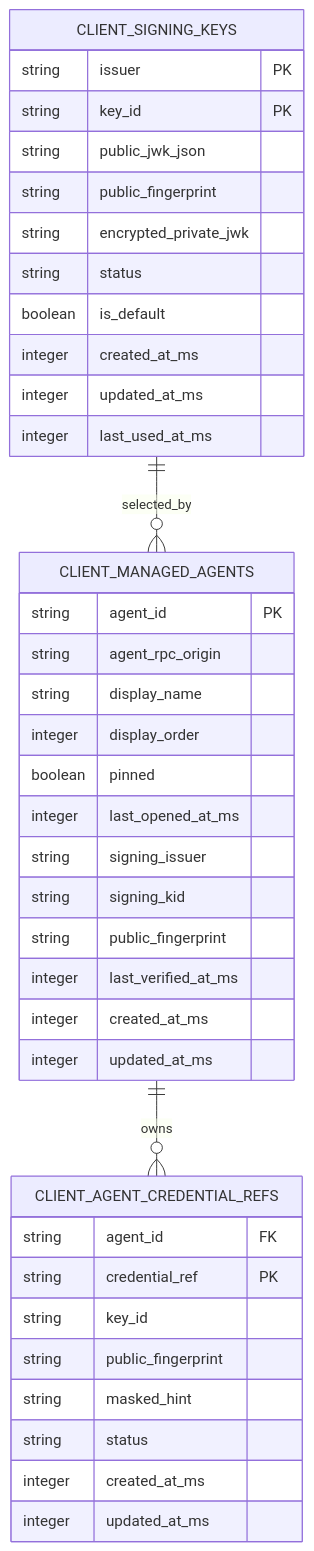
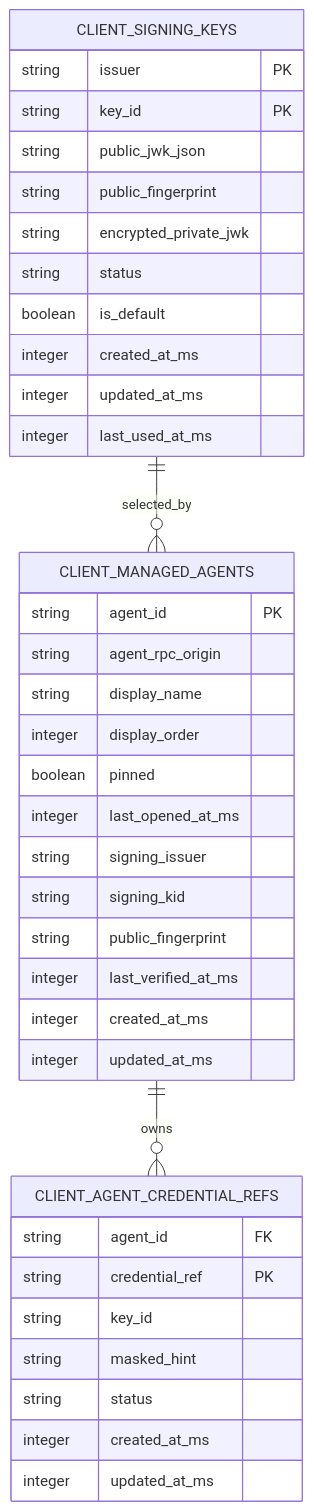
Before and after one commit to Suzlun/cf-tamac: the fifth of 6 diagrams in openspec/changes/enable-agent-ed25519-jwt-auth/design.md, drawn with Mermaid. The commit also changed other lines of this file and 20 other files, not shown here.

````diff
--- a/openspec/changes/enable-agent-ed25519-jwt-auth/design.md
+++ b/openspec/changes/enable-agent-ed25519-jwt-auth/design.md
@@ -333,44 +421,43 @@
 ```mermaid
 erDiagram
   CLIENT_MANAGED_AGENTS {
     string agent_id PK
     string agent_rpc_origin
     string display_name
     integer display_order
     boolean pinned
     integer last_opened_at_ms
     string signing_issuer
     string signing_kid
     string public_fingerprint
     integer last_verified_at_ms
     integer created_at_ms
     integer updated_at_ms
   }
 
   CLIENT_SIGNING_KEYS {
     string issuer PK
     string key_id PK
     string public_jwk_json
     string public_fingerprint
     string encrypted_private_jwk
     string status
     boolean is_default
     integer created_at_ms
     integer updated_at_ms
     integer last_used_at_ms
   }
 
   CLIENT_AGENT_CREDENTIAL_REFS {
     string agent_id FK
     string credential_ref PK
     string key_id
-    string public_fingerprint
     string masked_hint
     string status
     integer created_at_ms
     integer updated_at_ms
   }
 
   CLIENT_MANAGED_AGENTS ||--o{ CLIENT_AGENT_CREDENTIAL_REFS : owns
   CLIENT_SIGNING_KEYS ||--o{ CLIENT_MANAGED_AGENTS : selected_by
 ```
````
